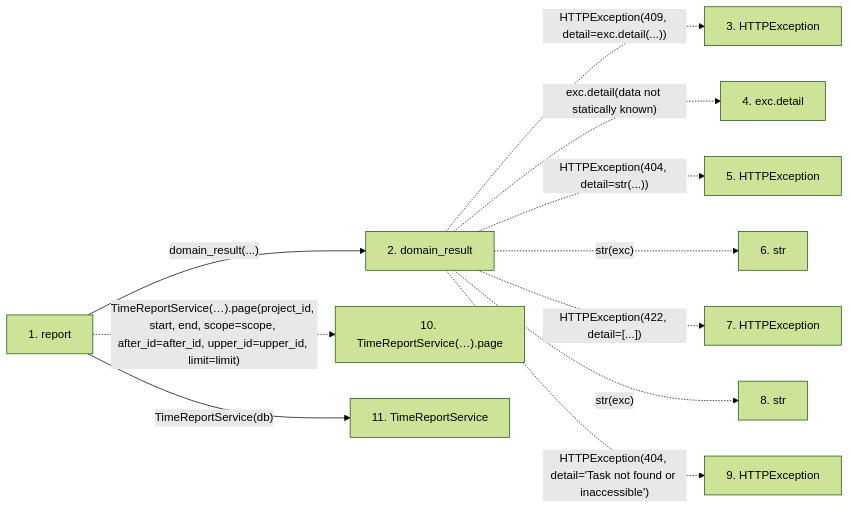
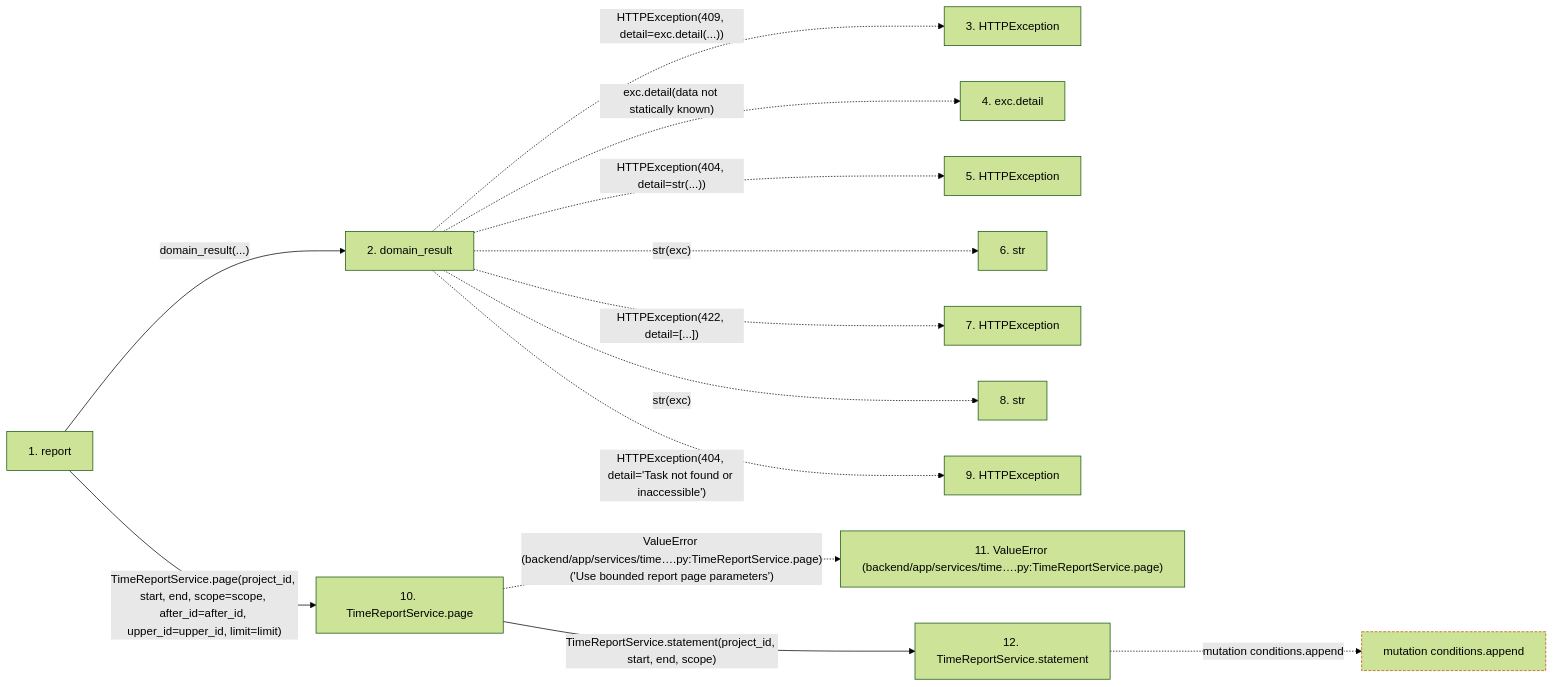
One commit to Denissvgn/WorkChord changed the second of 2 diagrams in docs/llm_wiki/flows/http-report.md. Above: the diagram before and after it, drawn with Mermaid (forest theme). The commit also changed other lines of this file and 25171 other files, not shown here.

````diff
--- a/docs/llm_wiki/flows/http-report.md
+++ b/docs/llm_wiki/flows/http-report.md
@@ -34,27 +115,34 @@
 ```mermaid
 flowchart LR
     s1["1. report"]
     s2["2. domain_result"]
     s3["3. HTTPException"]
     s4["4. exc.detail"]
     s5["5. HTTPException"]
     s6["6. str"]
     s7["7. HTTPException"]
     s8["8. str"]
     s9["9. HTTPException"]
-    s10["10. TimeReportService(…).page"]
-    s11["11. TimeReportService"]
+    s10["10. TimeReportService.page"]
+    s11["11. ValueError (backend/app/services/time….py:TimeReportService.page)"]
+    s12["12. TimeReportService.statement"]
     s1 -->|"domain_result(...)"| s2
     s2 -. "HTTPException(409, detail=exc.detail(...))" .-> s3
     s2 -. "exc.detail(data not statically known)" .-> s4
     s2 -. "HTTPException(404, detail=str(...))" .-> s5
     s2 -. "str(exc)" .-> s6
     s2 -. "HTTPException(422, detail=[...])" .-> s7
     s2 -. "str(exc)" .-> s8
     s2 -. "HTTPException(404, detail='Task not found or inaccessible')" .-> s9
-    s1 -. "TimeReportService(…).page(project_id, start, end, scope=scope, after_id=after_id, upper_id=upper_id, limit=limit)" .-> s10
-    s1 -->|"TimeReportService(db)"| s11
+    s1 -->|"TimeReportService.page(project_id, start, end, scope=scope, after_id=after_id, upper_id=upper_id, limit=limit)"| s10
+    s10 -. "ValueError (backend/app/services/time….py:TimeReportService.page)('Use bounded report page parameters')" .-> s11
+    s10 -->|"TimeReportService.statement(project_id, start, end, scope)"| s12
+    b0["mutation conditions.append"]
+    s12 -. "mutation conditions.append" .-> b0
     click s1 "../modules/time_entries.md"
     click s2 "../modules/routers_task_domain.md"
-    click s11 "../modules/time_report_service.md"
+    click s10 "../modules/time_report_service.md"
+    click s12 "../modules/time_report_service.md"
+    classDef boundary stroke:#b45309,stroke-dasharray: 4 2
+    class b0 boundary
 ```
````
